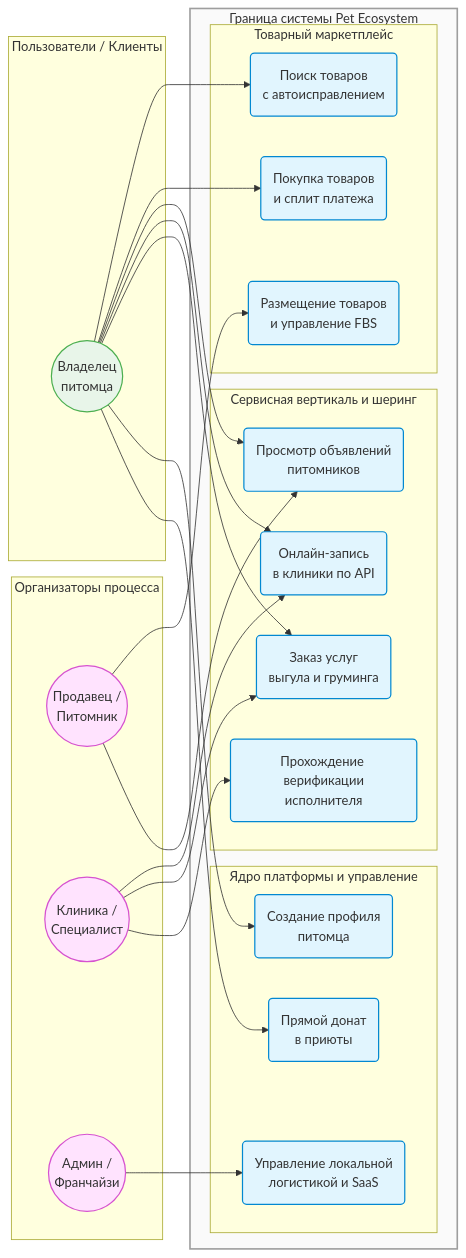
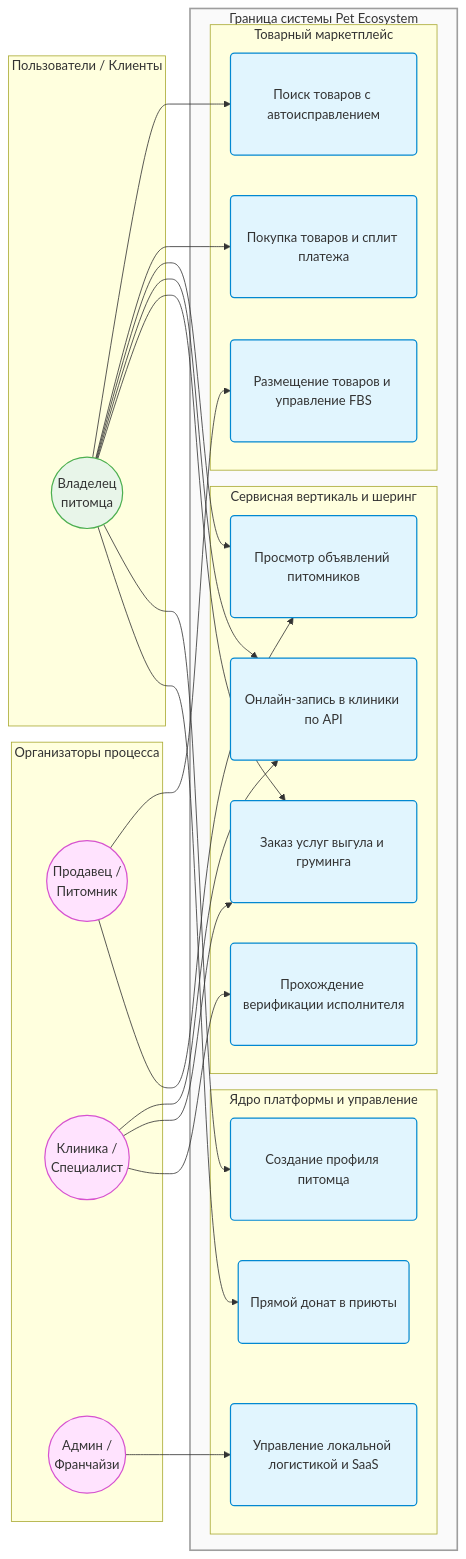
The second of 2 diagrams in README.md (Hiken333/zoo_market), drawn with Mermaid before and after one commit.

Commit message:
fix: Исправил отображение use case диаграммы

````diff
--- a/README.md
+++ b/README.md
@@ -87,63 +87,64 @@
 ```mermaid
 flowchart LR
     subgraph Client_Side [Пользователи / Клиенты]
         A1((Владелец<br/>питомца))
     end
 
     subgraph Process_Owners [Организаторы процесса]
         A2((Продавец /<br/>Питомник))
         A3((Клиника /<br/>Специалист))
         A4((Админ /<br/>Франчайзи))
     end
 
     subgraph Platform [Граница системы Pet Ecosystem]
         subgraph UC_Goods [Товарный маркетплейс]
-            UC1(Поиск товаров<br/>с автоисправлением)
-            UC2(Покупка товаров<br/>и сплит платежа)
-            UC3(Размещение товаров<br/>и управление FBS)
+            UC1(Поиск товаров с автоисправлением)
+            UC2(Покупка товаров и сплит платежа)
+            UC3(Размещение товаров и управление FBS)
         end
         
         subgraph UC_Services [Сервисная вертикаль и шеринг]
-            UC4(Просмотр объявлений<br/>питомников)
-            UC5(Онлайн-запись<br/>в клиники по API)
-            UC6(Заказ услуг<br/>выгула и груминга)
-            UC7(Прохождение верификации<br/>исполнителя)
+            UC4(Просмотр объявлений питомников)
+            UC5(Онлайн-запись в клиники по API)
+            UC6(Заказ услуг выгула и груминга)
+            UC7(Прохождение верификации исполнителя)
         end
 
         subgraph UC_Core [Ядро платформы и управление]
-            UC8(Создание профиля<br/>питомца)
-            UC9(Прямой донат<br/>в приюты)
-            UC10(Управление локальной<br/>логистикой и SaaS)
+            UC8(Создание профиля питомца)
+            UC9(Прямой донат в приюты)
+            UC10(Управление локальной логистикой и SaaS)
         end
     end
 
     %% Взаимодействия конечных пользователей
     A1 --> UC1
     A1 --> UC2
     A1 --> UC4
     A1 --> UC5
     A1 --> UC6
     A1 --> UC8
     A1 --> UC9
 
     %% Взаимодействия организаторов процесса
     A2 --> UC3
     A2 --> UC4
 
     A3 --> UC5
     A3 --> UC6
     A3 --> UC7
 
     A4 --> UC10
 
     classDef client fill:#E8F5E9,stroke:#4CAF50,stroke-width:1.5px;
     classDef owner fill:#FFE3FE,stroke:#D652D0,stroke-width:1.5px;
-    classDef usecase fill:#E1F5FE,stroke:#0288D1,stroke-width:1.5px;
+    
+    %% Принудительно задаем фиксированную минимальную ширину и отступы для блоков
+    classDef usecase fill:#E1F5FE,stroke:#0288D1,stroke-width:1.5px,min-width:280px,padding:15px,max-width:350px;
     
     class A1 client;
     class A2,A3,A4 owner;
     class UC1,UC2,UC3,UC4,UC5,UC6,UC7,UC8,UC9,UC10 usecase;
     style Platform fill:#FAFAFA,stroke:#9E9E9E,stroke-width:2px;
 
-
 ```
````
